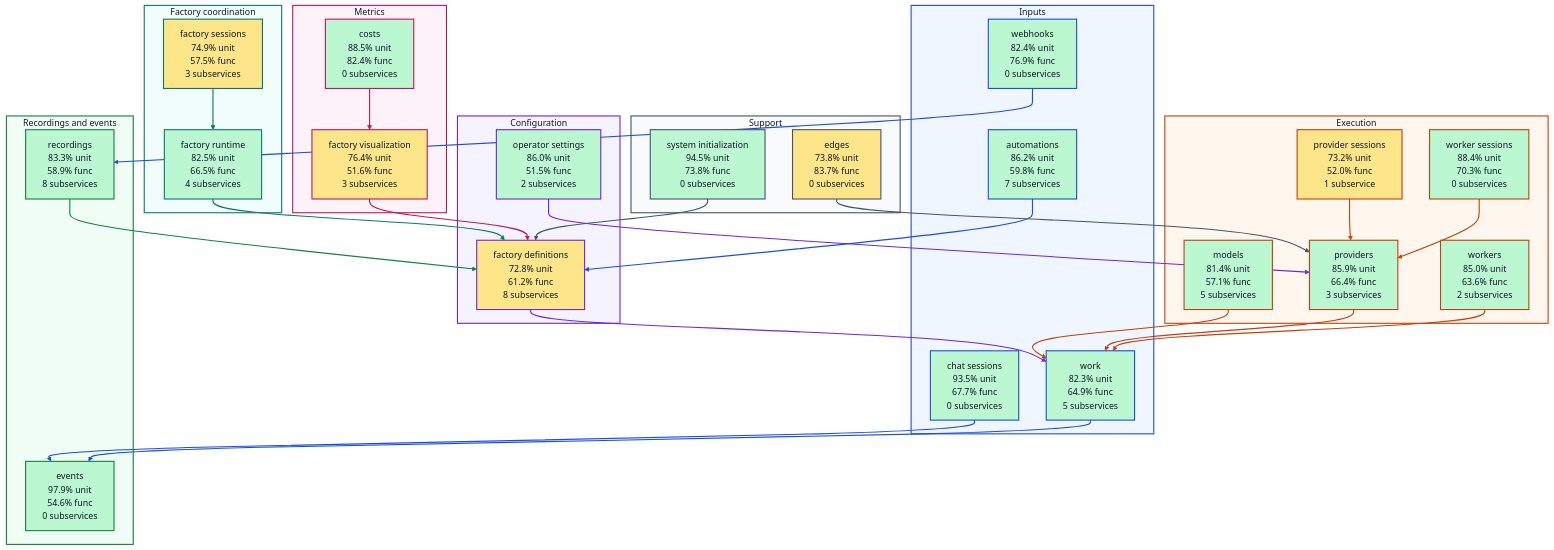
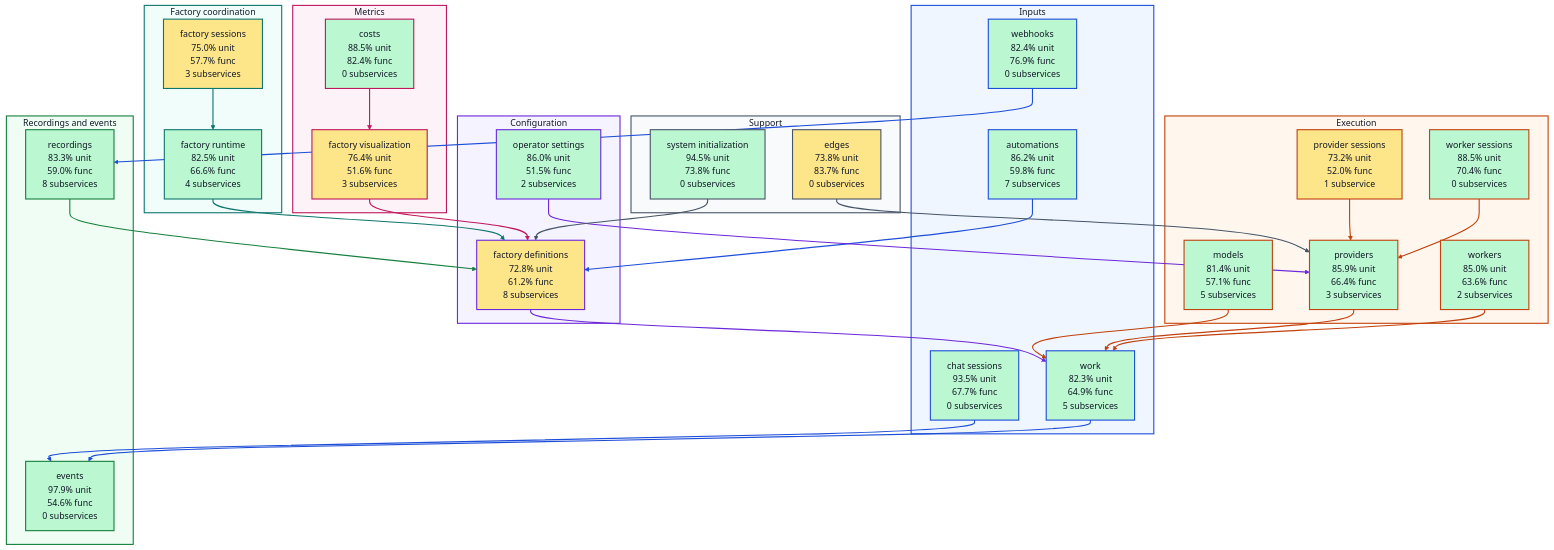
Before and after one commit to portpowered/you-agent-factory: the diagram in docs/architecture/visualizations/high-level-test-coverage.md, drawn with Mermaid. The commit also changed other lines of this file and 20 other files, not shown here.

Commit message:
docs: refresh backend architecture visualizations

```diff
--- a/docs/architecture/visualizations/high-level-test-coverage.md
+++ b/docs/architecture/visualizations/high-level-test-coverage.md
@@ -21,19 +21,19 @@
     s_services_operator_settings["operator settings<br/>86.0% unit<br/>51.5% func<br/>2 subservices"]
   end
   subgraph coordination["Factory coordination"]
-    s_services_factory_runtime["factory runtime<br/>82.5% unit<br/>66.5% func<br/>4 subservices"]
-    s_services_factory_sessions["factory sessions<br/>74.9% unit<br/>57.5% func<br/>3 subservices"]
+    s_services_factory_runtime["factory runtime<br/>82.5% unit<br/>66.6% func<br/>4 subservices"]
+    s_services_factory_sessions["factory sessions<br/>75.0% unit<br/>57.7% func<br/>3 subservices"]
   end
   subgraph execution["Execution"]
     s_services_models["models<br/>81.4% unit<br/>57.1% func<br/>5 subservices"]
     s_services_provider_sessions["provider sessions<br/>73.2% unit<br/>52.0% func<br/>1 subservice"]
     s_services_providers["providers<br/>85.9% unit<br/>66.4% func<br/>3 subservices"]
-    s_services_worker_sessions["worker sessions<br/>88.4% unit<br/>70.3% func<br/>0 subservices"]
+    s_services_worker_sessions["worker sessions<br/>88.5% unit<br/>70.4% func<br/>0 subservices"]
     s_services_workers["workers<br/>85.0% unit<br/>63.6% func<br/>2 subservices"]
   end
   subgraph recordings["Recordings and events"]
     s_services_events["events<br/>97.9% unit<br/>54.6% func<br/>0 subservices"]
-    s_services_recordings["recordings<br/>83.3% unit<br/>58.9% func<br/>8 subservices"]
+    s_services_recordings["recordings<br/>83.3% unit<br/>59.0% func<br/>8 subservices"]
   end
   subgraph metrics["Metrics"]
     s_services_costs["costs<br/>88.5% unit<br/>82.4% func<br/>0 subservices"]
```
